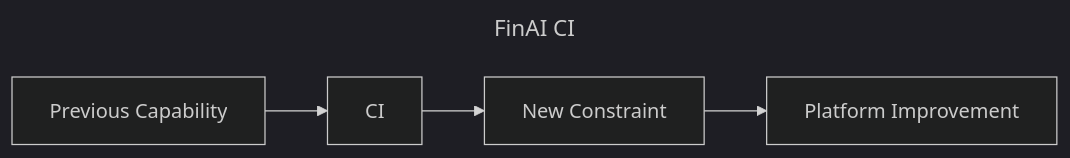
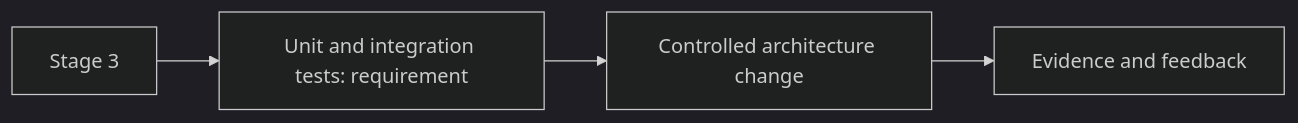
The fourth of 30 diagrams in docs/journey/index.md (m1mohamad/devops-sre-prep), drawn with Mermaid (dark theme) before and after one commit. The commit also changed other lines of this file and 100 other files, not shown here.

````diff
--- a/docs/journey/index.md
+++ b/docs/journey/index.md
@@ -45,7 +82,6 @@
 ```mermaid
----
-title: FinAI CI
----
 flowchart LR
-  A[Previous Capability] --> B[CI] --> C[New Constraint] --> D[Platform Improvement]
+  S4[Stage 3] --> R4[Unit and integration tests: requirement]
+  R4 --> C4[Controlled architecture change]
+  C4 --> E4[Evidence and feedback]
 ```
````
